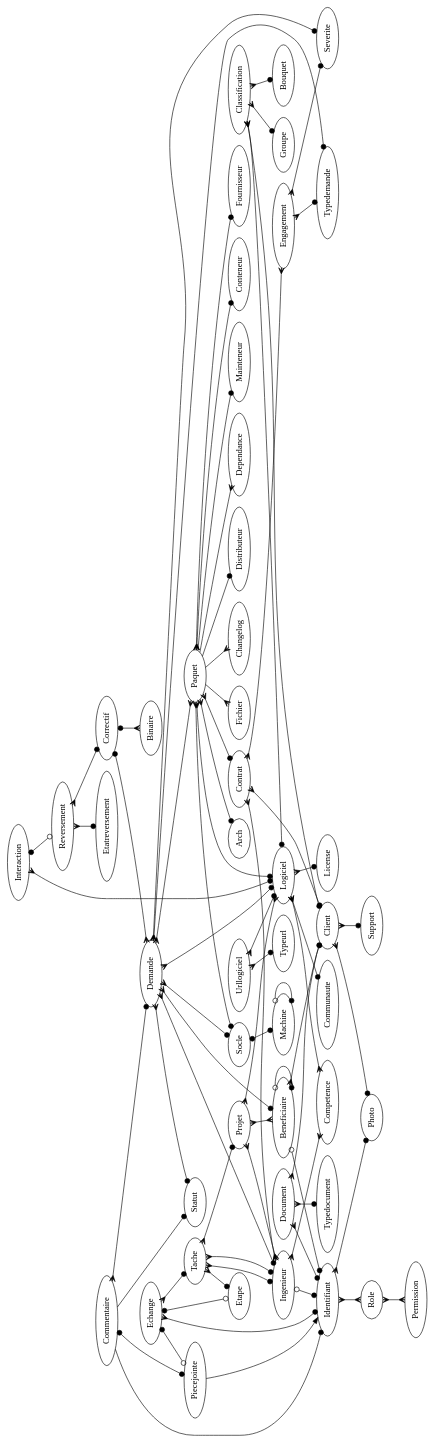
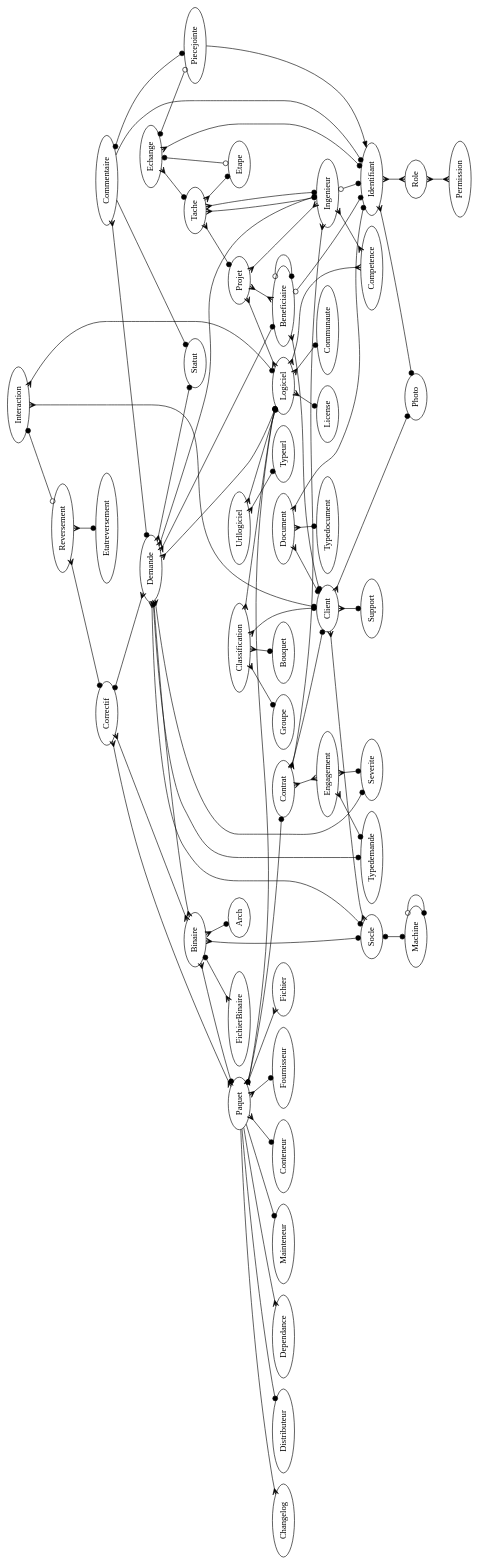
The diagram in doc/modele_donnee.dot (trivoallan/tosca), drawn with Graphviz before and after one commit.

Commit message:
*** empty log message ***

```diff
--- a/doc/modele_donnee.dot
+++ b/doc/modele_donnee.dot
@@ -1,79 +1,85 @@
 digraph x {
 
 rotate=90;
+
+Binaire -> Paquet [arrowhead=dot,arrowtail=crow,dir=both]
+Binaire -> Socle [arrowhead=dot,dir=both,arrowtail=crow]
+Binaire -> Arch [arrowhead=dot,dir=both,arrowtail=crow]
+Binaire -> FichierBinaire [arrowhead=crow,dir=both,arrowtail=dot]
 
 Beneficiaire -> Identifiant [arrowhead=dot,arrowtail=odot,dir=both]
 Beneficiaire -> Client [arrowhead=dot,dir=both,arrowtail=crow]
 Beneficiaire -> Beneficiaire [arrowhead=dot,arrowtail=odot,dir=both]
 Classification -> Logiciel [arrowhead=dot,dir=both,arrowtail=crow]
 Classification -> Groupe [arrowhead=dot,dir=both,arrowtail=crow]
 Classification -> Client [arrowhead=dot,dir=both,arrowtail=crow]
 Classification -> Bouquet [arrowhead=dot,dir=both,arrowtail=crow]
 Client -> Photo [arrowhead=dot,dir=both,arrowtail=crow]
 Client -> Support [arrowhead=dot,dir=both,arrowtail=crow]
+Client -> Socle [arrowhead=crow,dir=both,arrowtail=crow]
 Commentaire -> Demande [arrowhead=dot,dir=both,arrowtail=crow]
 Commentaire -> Identifiant [arrowhead=dot]
 Commentaire -> Piecejointe [arrowhead=dot,dir=both,arrowtail=dot]
 Commentaire -> Statut [arrowhead=dot]
 Contrat -> Client [arrowhead=dot,dir=both,arrowtail=crow]
 Contrat -> Ingenieur [arrowhead=crow,arrowtail=crow,dir=both]
 Contrat -> Engagement [arrowhead=crow,arrowtail=crow,dir=both]
 Correctif -> Demande [arrowhead=crow,arrowtail=dot,dir=both]
-Correctif -> Binaire [arrowhead=crow,arrowtail=dot,dir=both]
+Correctif -> Binaire [arrowhead=crow,arrowtail=crow,dir=both]
+Correctif -> Paquet  [arrowhead=crow,arrowtail=crow,dir=both]
 Identifiant -> Photo [arrowhead=dot,dir=both,arrowtail=crow]
 Identifiant -> Role [arrowhead=crow,arrowtail=crow,dir=both]
 Ingenieur -> Competence [arrowhead=crow,arrowtail=crow,dir=both]
 Ingenieur -> Identifiant [arrowhead=dot,arrowtail=odot,dir=both]
 Logiciel -> Competence [arrowhead=crow,arrowtail=crow,dir=both]
 Logiciel -> License [arrowhead=dot,dir=both,arrowtail=crow]
 Logiciel -> Communaute [arrowhead=dot,dir=both,arrowtail=crow]
 Paquet -> Logiciel [arrowhead=dot,dir=both,arrowtail=crow]
 Paquet -> Fournisseur [arrowhead=dot,dir=both,arrowtail=crow]
-Paquet -> Arch [arrowhead=dot,dir=both,arrowtail=crow]
-Paquet -> Fichier [arrowhead=crow]
-Paquet -> Socle [arrowhead=dot,dir=both,arrowtail=crow]
+Paquet -> Fichier [arrowhead=crow,dir=both,arrowtail=dot]
 Paquet -> Contrat [arrowhead=dot,dir=both,arrowtail=crow]
 Paquet -> Changelog [arrowhead=crow]
 Paquet -> Distributeur [arrowhead=dot]
 Paquet -> Dependance [arrowhead=crow]
 Paquet -> Mainteneur [arrowhead=dot]
 Paquet -> Conteneur [arrowhead=dot,dir=both,arrowtail=crow]
 Socle -> Machine [arrowhead=dot,dir=both,arrowtail=dot]
 Machine -> Machine [arrowhead=dot,dir=both,arrowtail=odot]
 Demande -> Typedemande [arrowhead=dot,dir=both,arrowtail=crow]
 Demande -> Logiciel [arrowhead=dot,dir=both,arrowtail=crow]
 Demande -> Severite [arrowhead=dot,dir=both,arrowtail=crow]
 Demande -> Beneficiaire [arrowhead=dot,dir=both,arrowtail=crow]
 Demande -> Socle [arrowhead=dot,dir=both,arrowtail=crow]
 Demande -> Statut [arrowhead=dot,dir=both,arrowtail=crow]
 Demande -> Ingenieur [arrowhead=dot,dir=both,arrowtail=crow]
-Demande -> Paquet [arrowhead=crow,arrowtail=crow,dir=both]
+Demande -> Binaire [arrowhead=crow,arrowtail=crow,dir=both]
 Urllogiciel -> Logiciel [arrowhead=dot,dir=both,arrowtail=crow]
 Urllogiciel -> Typeurl [arrowhead=dot,dir=both,arrowtail=crow]
 Engagement -> Severite [arrowhead=dot,dir=both,arrowtail=crow]
 Engagement -> Typedemande [arrowhead=dot,dir=both,arrowtail=crow]
 Role -> Permission [arrowhead=crow,arrowtail=crow,dir=both]
 Reversement -> Correctif [arrowhead=dot,dir=both,arrowtail=crow]
 Reversement -> Etatreversement [arrowhead=dot,dir=both,arrowtail=crow]
 Piecejointe -> Identifiant [arrowtail=crow]
 Document -> Client [arrowhead=dot,dir=both,arrowtail=crow]
 Document -> Typedocument [arrowhead=dot,dir=both,arrowtail=crow]
 Document -> Identifiant [arrowhead=dot,dir=both,arrowtail=crow]
 Interaction -> Logiciel [arrowhead=dot,dir=both,arrowtail=crow]
+Interaction -> Client [arrowhead=dot,dir=both,arrowtail=crow]
 Interaction -> Reversement [arrowhead=odot,dir=both,arrowtail=dot]
 
 Tache -> Ingenieur [arrowhead=dot,dir=both,arrowtail=crow]
 Tache -> Ingenieur [arrowhead=dot,dir=both,arrowtail=crow]
 Tache -> Projet [arrowhead=dot,dir=both,arrowtail=crow]
 Tache -> Etape [arrowhead=dot,dir=both,arrowtail=crow]
 
 Projet -> Logiciel [arrowhead=crow,dir=both,arrowtail=crow]
 Projet -> Beneficiaire [arrowhead=crow,dir=both,arrowtail=crow]
 Projet -> Ingenieur [arrowhead=crow,dir=both,arrowtail=crow]
 
 Echange -> Tache [arrowhead=dot,dir=both,arrowtail=crow]
 Echange -> Identifiant [arrowhead=dot,dir=both,arrowtail=crow]
 Echange -> Piecejointe [arrowhead=odot,dir=both,arrowtail=dot]
 Echange -> Etape [arrowhead=odot,dir=both,arrowtail=dot]
 
 }
```
